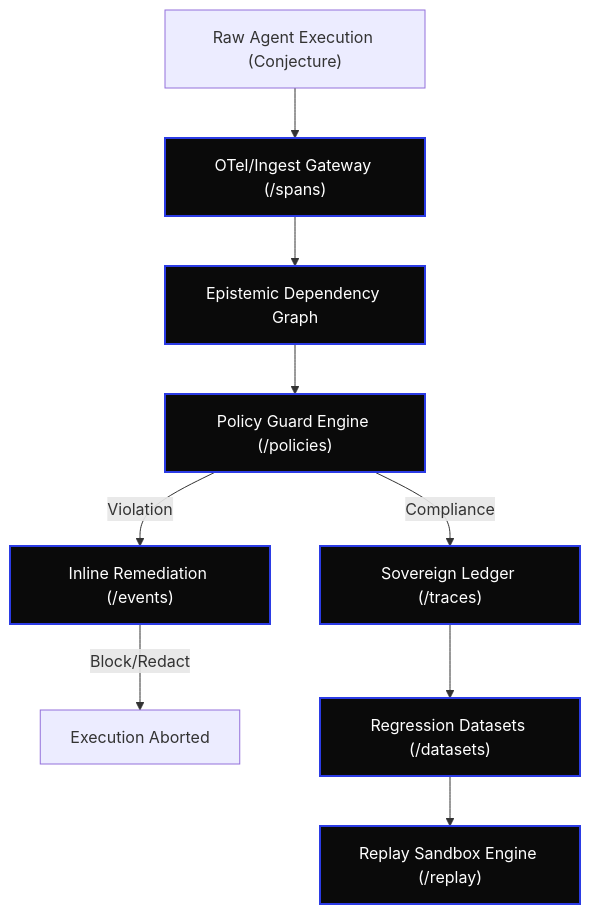
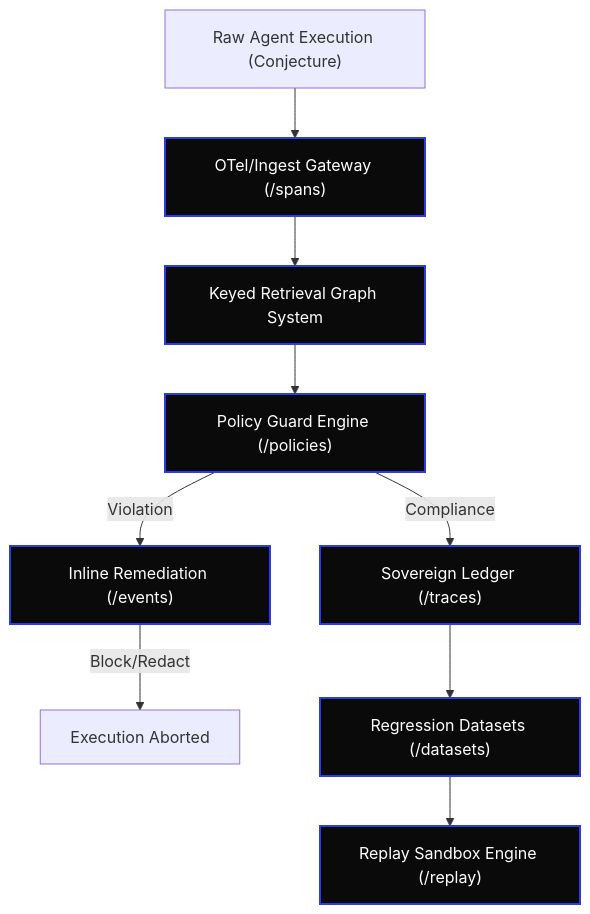
The diagram in docs/GTM_REAL.md (borjamoskv/babylon-60), drawn with Mermaid before and after one commit. The commit also changed 7 other files, not shown here.

````diff
--- a/docs/GTM_REAL.md
+++ b/docs/GTM_REAL.md
@@ -17,13 +17,13 @@
 ```mermaid
 graph TD
     classDef C5 fill:#0A0A0A,stroke:#2B3BE5,stroke-width:2px,color:#FFFFFF;
     
     A["Raw Agent Execution (Conjecture)"] --> B["OTel/Ingest Gateway (/spans)"]:::C5
-    B --> C["Epistemic Dependency Graph"]:::C5
+    B --> C["Keyed Retrieval Graph System"]:::C5
     C --> D["Policy Guard Engine (/policies)"]:::C5
     D -->|Violation| E["Inline Remediation (/events)"]:::C5
     D -->|Compliance| F["Sovereign Ledger (/traces)"]:::C5
     E -->|Block/Redact| G["Execution Aborted"]
     F --> H["Regression Datasets (/datasets)"]:::C5
     H --> I["Replay Sandbox Engine (/replay)"]:::C5
 ```
````
